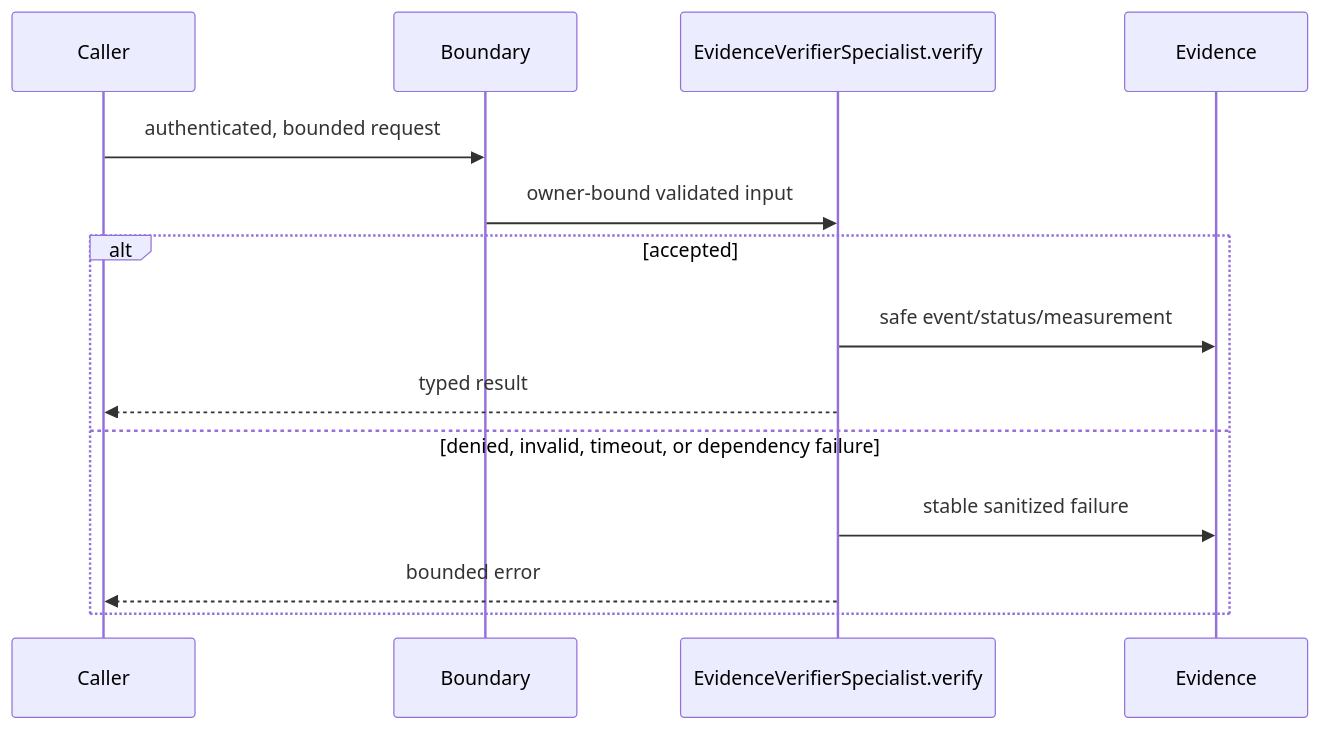
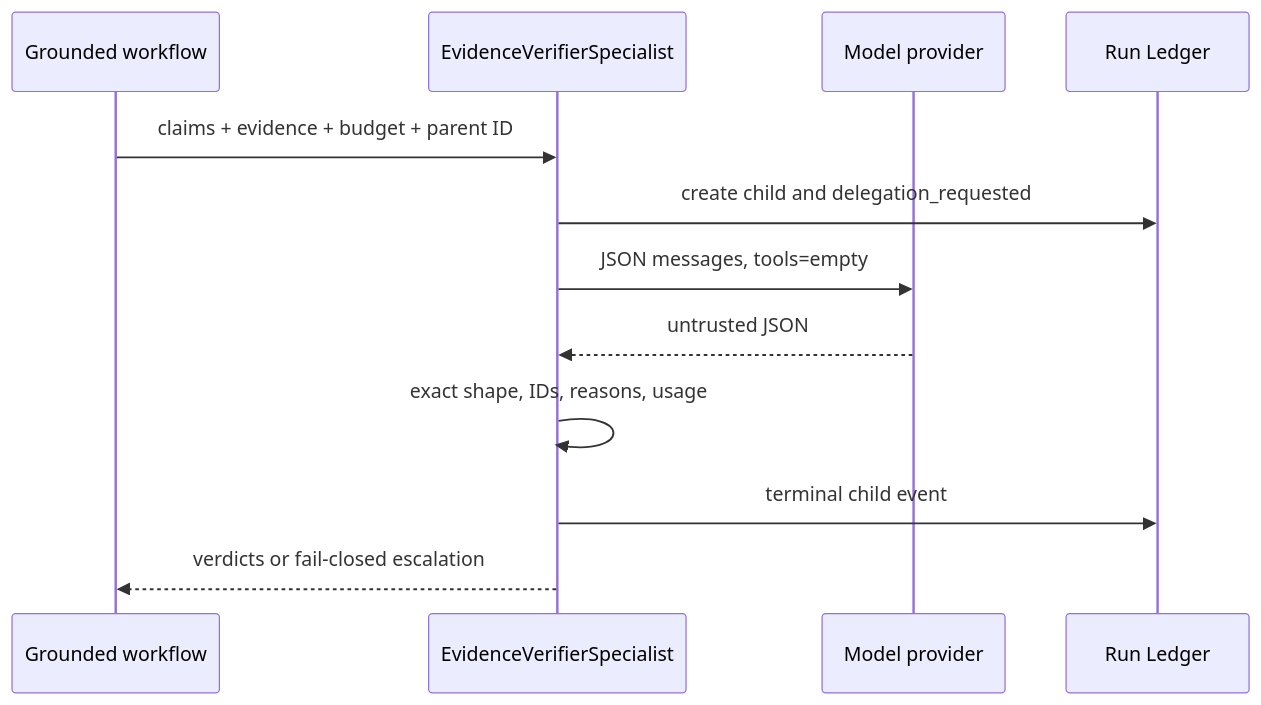
The diagram in docs/course/concepts/verifier-child.md (levalencia/archon), drawn with Mermaid before and after one commit. The commit also changed other lines of this file and 22 other files, not shown here.

Commit message:
docs: correct advanced course architecture and claims

````diff
--- a/docs/course/concepts/verifier-child.md
+++ b/docs/course/concepts/verifier-child.md
@@ -71,16 +14,14 @@
 ```mermaid
 sequenceDiagram
-  participant Caller
-  participant Boundary
-  participant Core as EvidenceVerifierSpecialist.verify
-  participant Evidence
-  Caller->>Boundary: authenticated, bounded request
-  Boundary->>Core: owner-bound validated input
-  alt accepted
-    Core->>Evidence: safe event/status/measurement
-    Core-->>Caller: typed result
-  else denied, invalid, timeout, or dependency failure
-    Core->>Evidence: stable sanitized failure
-    Core-->>Caller: bounded error
-  end
+  participant W as Grounded workflow
+  participant V as EvidenceVerifierSpecialist
+  participant M as Model provider
+  participant L as Run Ledger
+  W->>V: claims + evidence + budget + parent ID
+  V->>L: create child and delegation_requested
+  V->>M: JSON messages, tools=empty
+  M-->>V: untrusted JSON
+  V->>V: exact shape, IDs, reasons, usage
+  V->>L: terminal child event
+  V-->>W: verdicts or fail-closed escalation
 ```
````
